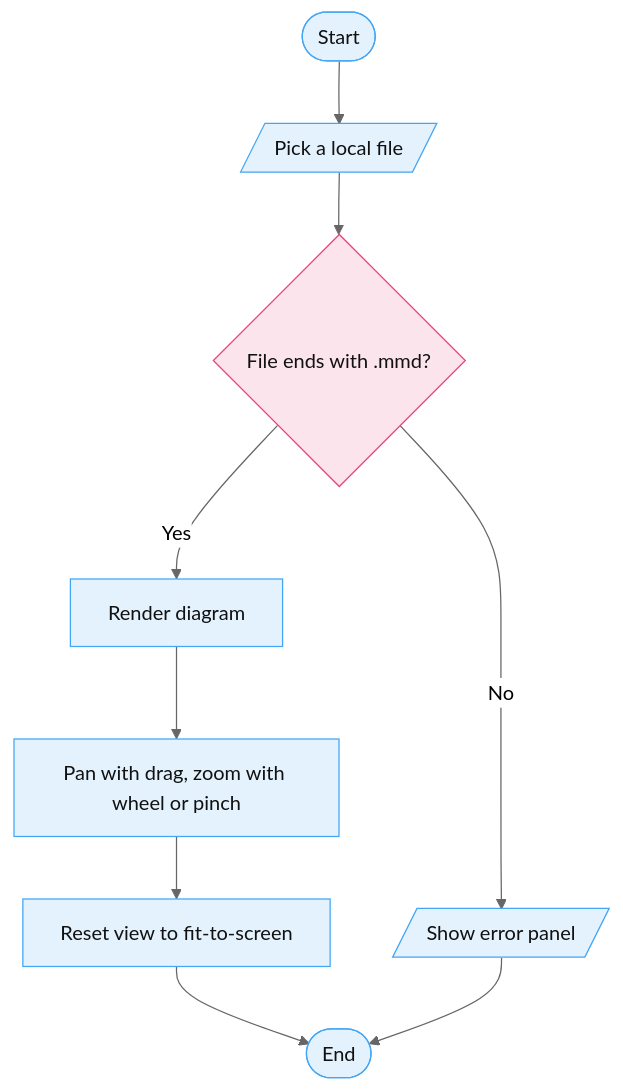
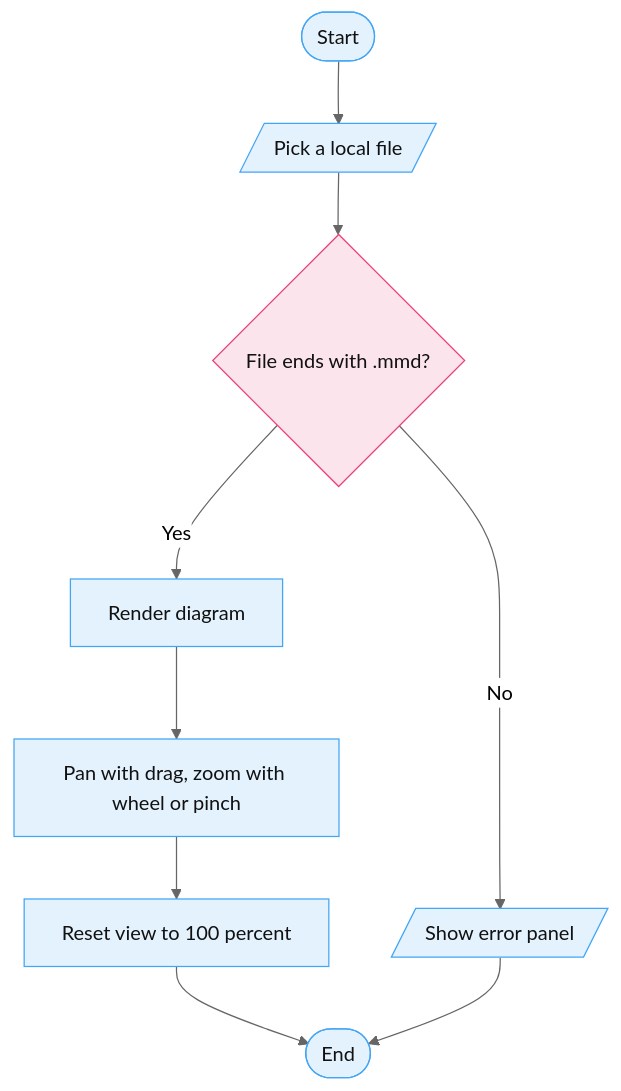
The diagram in README.md (SANIUL-blackdragon/VECTOR), drawn with Mermaid (neutral theme) before and after one commit. The commit also changed other lines of this file and 2 other files, not shown here.

First line of the commit message:
feat(viewer): premium pan zoom with readable 100 percent default

````diff
--- a/README.md
+++ b/README.md
@@ -24,22 +24,22 @@
 ```mermaid
 flowchart TD
   S([Start])
   A[/Pick a local file/]
   D{File ends with .mmd?}
   R[Render diagram]
   N[/Show error panel/]
   P[Pan with drag, zoom with wheel or pinch]
-  V[Reset view to fit-to-screen]
+  V[Reset view to 100 percent]
   E([End])
   S --> A
   A --> D
   D -->|Yes| R
   D -->|No| N
   R --> P
   P --> V
   V --> E
   N --> E
   classDef soft fill:#E3F2FD,stroke:#42A5F5,color:#111111
   class S,A,R,N,P,V,E soft
   style D fill:#FCE4EC,stroke:#EC407A,color:#111111
 ```
````
